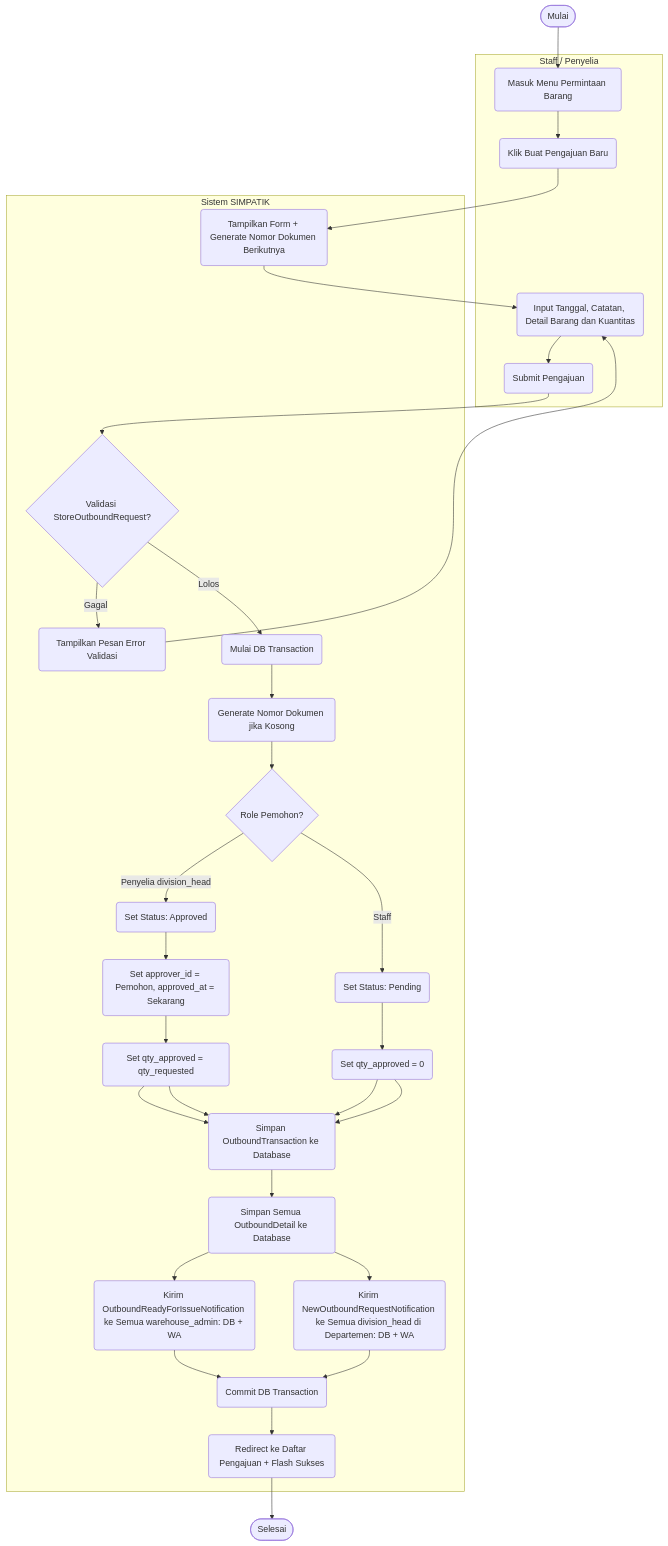
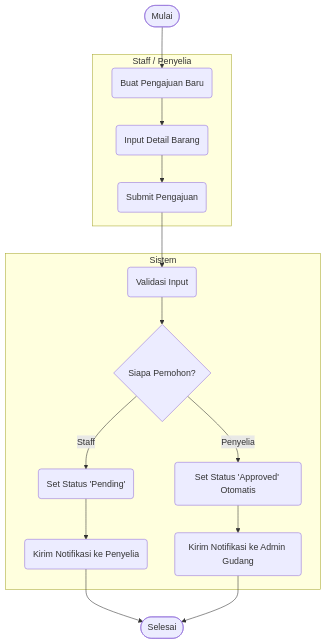
Before and after one commit to wahyu2021/SIMPATIK: the eighth of 14 diagrams in laporan_activity_diagram.md, drawn with Mermaid. The commit also changed other lines of this file and 34 other files, not shown here.

Commit message:
Menyempurnakan logika seeder (User, Master Barang, dan Transaksi) agar lebih realistis

````diff
--- a/laporan_activity_diagram.md
+++ b/laporan_activity_diagram.md
@@ -455,61 +314,34 @@
 ```mermaid
 flowchart TD
     Start([Mulai])
     End([Selesai])
 
-    subgraph StaffPenyelia [Staff / Penyelia]
-        A(Masuk Menu Permintaan Barang)
-        B(Klik Buat Pengajuan Baru)
-        C(Input Tanggal, Catatan, Detail Barang dan Kuantitas)
-        D(Submit Pengajuan)
+    subgraph Pemohon [Staff / Penyelia]
+        A(Buat Pengajuan Baru)
+        B(Input Detail Barang)
+        C(Submit Pengajuan)
     end
 
-    subgraph Sistem [Sistem SIMPATIK]
-        E(Tampilkan Form + Generate Nomor Dokumen Berikutnya)
-        F{Validasi StoreOutboundRequest?}
-        G(Tampilkan Pesan Error Validasi)
-        H(Mulai DB Transaction)
-        I(Generate Nomor Dokumen jika Kosong)
-        J{Role Pemohon?}
-        K(Set Status: Approved)
-        K2(Set approver_id = Pemohon, approved_at = Sekarang)
-        K3(Set qty_approved = qty_requested)
-        L(Set Status: Pending)
-        L2(Set qty_approved = 0)
-        M(Simpan OutboundTransaction ke Database)
-        N(Simpan Semua OutboundDetail ke Database)
-        O(Kirim OutboundReadyForIssueNotification ke Semua warehouse_admin: DB + WA)
-        P(Kirim NewOutboundRequestNotification ke Semua division_head di Departemen: DB + WA)
-        Q(Commit DB Transaction)
-        R(Redirect ke Daftar Pengajuan + Flash Sukses)
+    subgraph Sistem
+        D(Validasi Input)
+        E{Siapa Pemohon?}
+        F(Set Status 'Pending')
+        G(Kirim Notifikasi ke Penyelia)
+        H(Set Status 'Approved' Otomatis)
+        I(Kirim Notifikasi ke Admin Gudang)
     end
 
     Start --> A
     A --> B
-    B --> E
-    E --> C
+    B --> C
     C --> D
-    D --> F
+    
+    D --> E
+    E -- Staff --> F
+    F --> G
+    G --> End
 
-    F -- Gagal --> G
-    G --> C
-
-    F -- Lolos --> H
+    E -- Penyelia --> H
     H --> I
-    I --> J
-
-    J -- Penyelia division_head --> K --> K2 --> K3 --> M
-    J -- Staff --> L --> L2 --> M
-
-    M --> N
-    N --> O
-    N --> P
-
-    K3 --> M
-    L2 --> M
-
-    O --> Q
-    P --> Q
-    Q --> R
-    R --> End
+    I --> End
 ```
````
